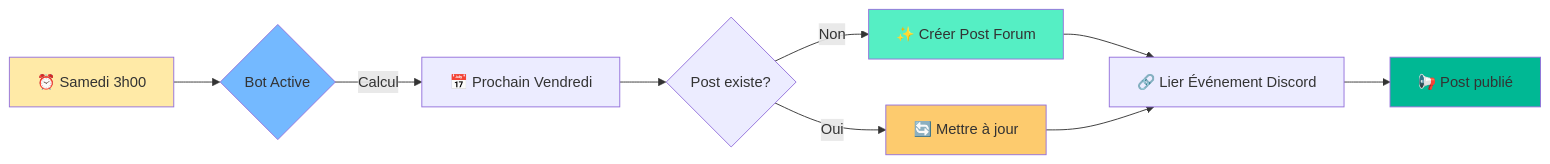
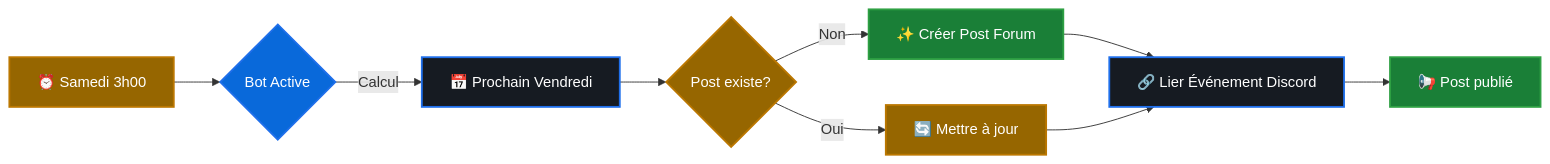
The first of 3 diagrams in README.md (Kiwi41/discord-plateau-bot), drawn with Mermaid before and after one commit. The commit also changed other lines of this file and 8 other files, not shown here.

Commit message:
docs: Improve Mermaid diagrams visibility for dark theme

````diff
--- a/README.md
+++ b/README.md
@@ -7,17 +7,20 @@
 ```mermaid
 graph LR
     A[⏰ Samedi 3h00] --> B{Bot Active}
     B -->|Calcul| C[📅 Prochain Vendredi]
     C --> D{Post existe?}
     D -->|Non| E[✨ Créer Post Forum]
     D -->|Oui| F[🔄 Mettre à jour]
     E --> G[🔗 Lier Événement Discord]
     F --> G
     G --> H[📢 Post publié]
     
-    style A fill:#ffeaa7
-    style B fill:#74b9ff
-    style E fill:#55efc4
-    style F fill:#fdcb6e
-    style H fill:#00b894
+    style A fill:#966600,stroke:#bb7700,stroke-width:2px,color:#fff
+    style B fill:#0969da,stroke:#1f6feb,stroke-width:2px,color:#fff
+    style C fill:#161b22,stroke:#1f6feb,stroke-width:2px,color:#fff
+    style D fill:#966600,stroke:#bb7700,stroke-width:2px,color:#fff
+    style E fill:#1a7f37,stroke:#2ea043,stroke-width:2px,color:#fff
+    style F fill:#966600,stroke:#bb7700,stroke-width:2px,color:#fff
+    style G fill:#161b22,stroke:#1f6feb,stroke-width:2px,color:#fff
+    style H fill:#1a7f37,stroke:#2ea043,stroke-width:2px,color:#fff
 ```
````
